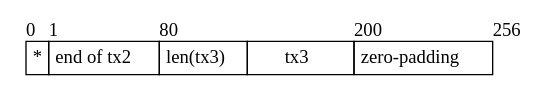
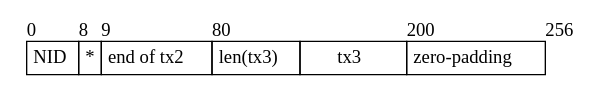
Before and after one commit to celestiaorg/celestia-specs: the diagram in specs/figures/share.dot, drawn with Graphviz. The commit also changed 2 other files, not shown here.

```diff
--- a/specs/figures/share.dot
+++ b/specs/figures/share.dot
@@ -1,23 +1,25 @@
 digraph G {
     node [shape = record, penwidth = 0];
 
     share [label=<
     <table border="0" cellborder="1" cellspacing="0">
         <tr>
-            <td width="1" align="left" border="0" cellpadding="0">0</td>
-            <td width="79" align="left" border="0" cellpadding="0">1</td>
+            <td width="8" align="left" border="0" cellpadding="0">0</td>
+            <td width="1" align="left" border="0" cellpadding="0">8</td>
+            <td width="79" align="left" border="0" cellpadding="0">9</td>
             <td width="40" align="left" border="0" cellpadding="0">80</td>
             <td width="80" align="left" border="0" cellpadding="0"></td>
             <td width="56" align="left" border="0" cellpadding="0">200</td>
             <td align="left" border="0" cellpadding="0">256</td>
         </tr>
         <tr>
+            <td width="8" cellpadding="4">NID</td>
             <td width="1" cellpadding="4">*</td>
             <td width="79" cellpadding="4">end of tx2</td>
             <td width="40" cellpadding="4">len(tx3)</td>
             <td width="80" cellpadding="4">tx3</td>
             <td width="56" cellpadding="4">zero-padding</td>
         </tr>
     </table>
     >];
 }
```
